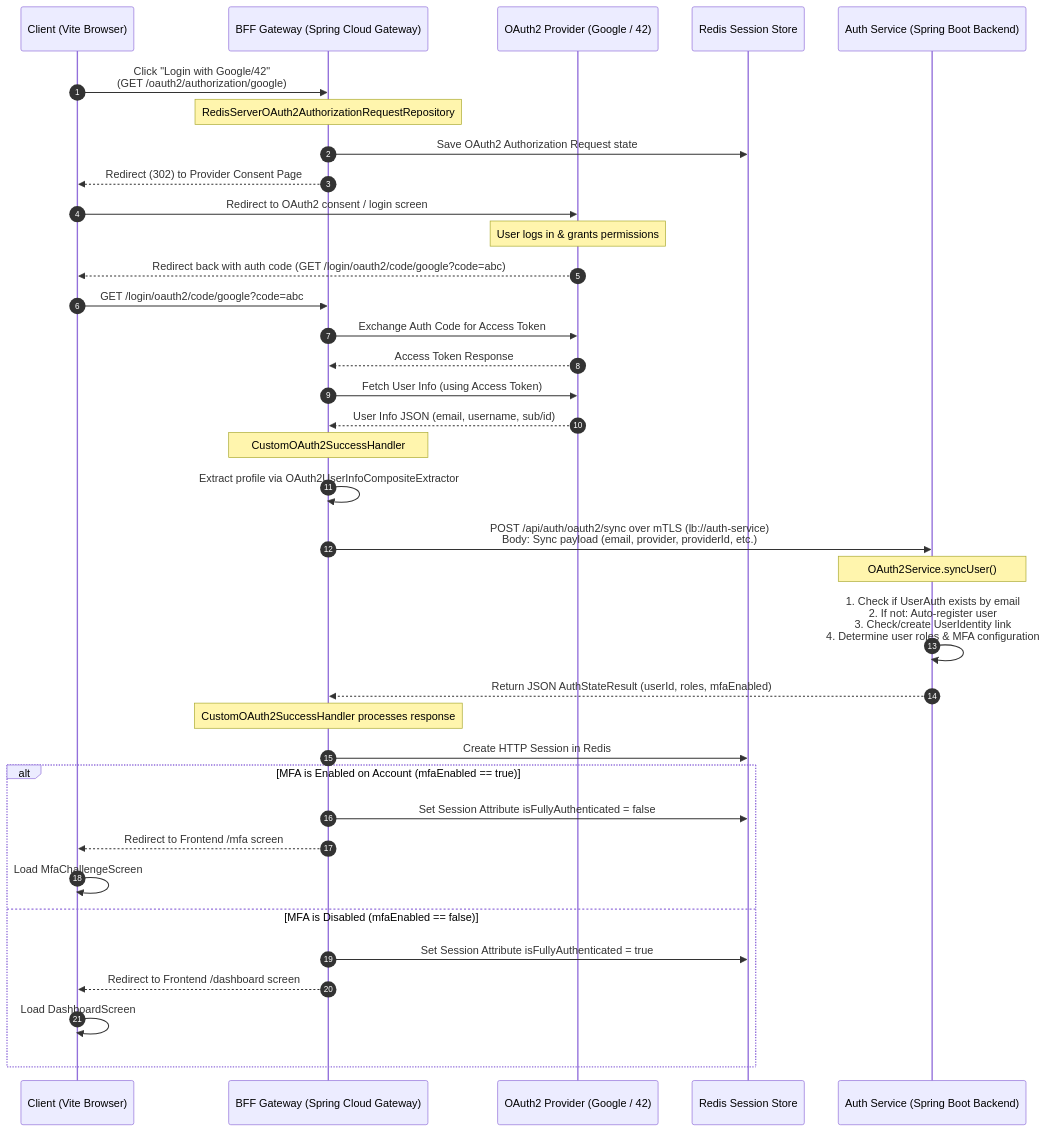
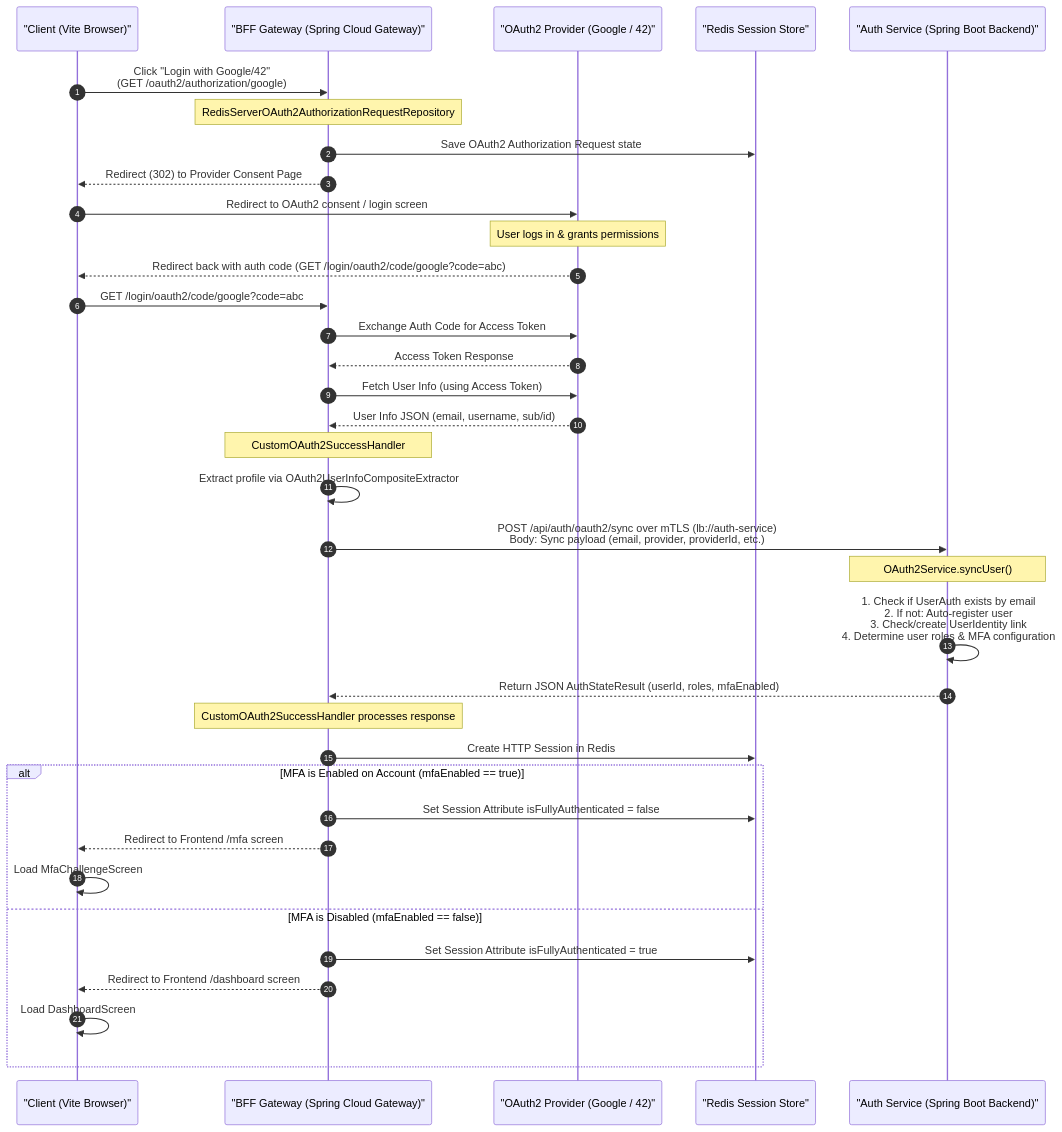
The third of 5 diagrams in docs/README.md (Laxuard/Chess), drawn with Mermaid before and after one commit. The commit also changed other lines of this file and 2 other files, not shown here.

Commit message:
docs: wrap mermaid sequence diagram participant labels in quotes to ensure proper rendering

````diff
--- a/docs/README.md
+++ b/docs/README.md
@@ -218,43 +218,43 @@
 ```mermaid
 sequenceDiagram
     autonumber
-    participant Client as Client (Vite Browser)
-    participant Gateway as BFF Gateway (Spring Cloud Gateway)
-    participant Provider as OAuth2 Provider (Google / 42)
-    participant Redis as Redis Session Store
-    participant Auth as Auth Service (Spring Boot Backend)
+    participant Client as "Client (Vite Browser)"
+    participant Gateway as "BFF Gateway (Spring Cloud Gateway)"
+    participant Provider as "OAuth2 Provider (Google / 42)"
+    participant Redis as "Redis Session Store"
+    participant Auth as "Auth Service (Spring Boot Backend)"
 
     Client->>Gateway: Click "Login with Google/42"<br>(GET /oauth2/authorization/google)
     Note over Gateway: RedisServerOAuth2AuthorizationRequestRepository
     Gateway->>Redis: Save OAuth2 Authorization Request state
     Gateway-->>Client: Redirect (302) to Provider Consent Page
     Client->>Provider: Redirect to OAuth2 consent / login screen
     Note over Provider: User logs in & grants permissions
     Provider-->>Client: Redirect back with auth code (GET /login/oauth2/code/google?code=abc)
     Client->>Gateway: GET /login/oauth2/code/google?code=abc
     Gateway->>Provider: Exchange Auth Code for Access Token
     Provider-->>Gateway: Access Token Response
     Gateway->>Provider: Fetch User Info (using Access Token)
     Provider-->>Gateway: User Info JSON (email, username, sub/id)
     
     Note over Gateway: CustomOAuth2SuccessHandler
     Gateway->>Gateway: Extract profile via OAuth2UserInfoCompositeExtractor
     
     Gateway->>Auth: POST /api/auth/oauth2/sync over mTLS (lb://auth-service)<br>Body: Sync payload (email, provider, providerId, etc.)
     Note over Auth: OAuth2Service.syncUser()
     Auth->>Auth: 1. Check if UserAuth exists by email<br>2. If not: Auto-register user<br>3. Check/create UserIdentity link<br>4. Determine user roles & MFA configuration
     Auth-->>Gateway: Return JSON AuthStateResult (userId, roles, mfaEnabled)
     
     Note over Gateway: CustomOAuth2SuccessHandler processes response
     Gateway->>Redis: Create HTTP Session in Redis
     
     alt MFA is Enabled on Account (mfaEnabled == true)
         Gateway->>Redis: Set Session Attribute isFullyAuthenticated = false
         Gateway-->>Client: Redirect to Frontend /mfa screen
         Client->>Client: Load MfaChallengeScreen
     else MFA is Disabled (mfaEnabled == false)
         Gateway->>Redis: Set Session Attribute isFullyAuthenticated = true
         Gateway-->>Client: Redirect to Frontend /dashboard screen
         Client->>Client: Load DashboardScreen
     end
 ```
````
